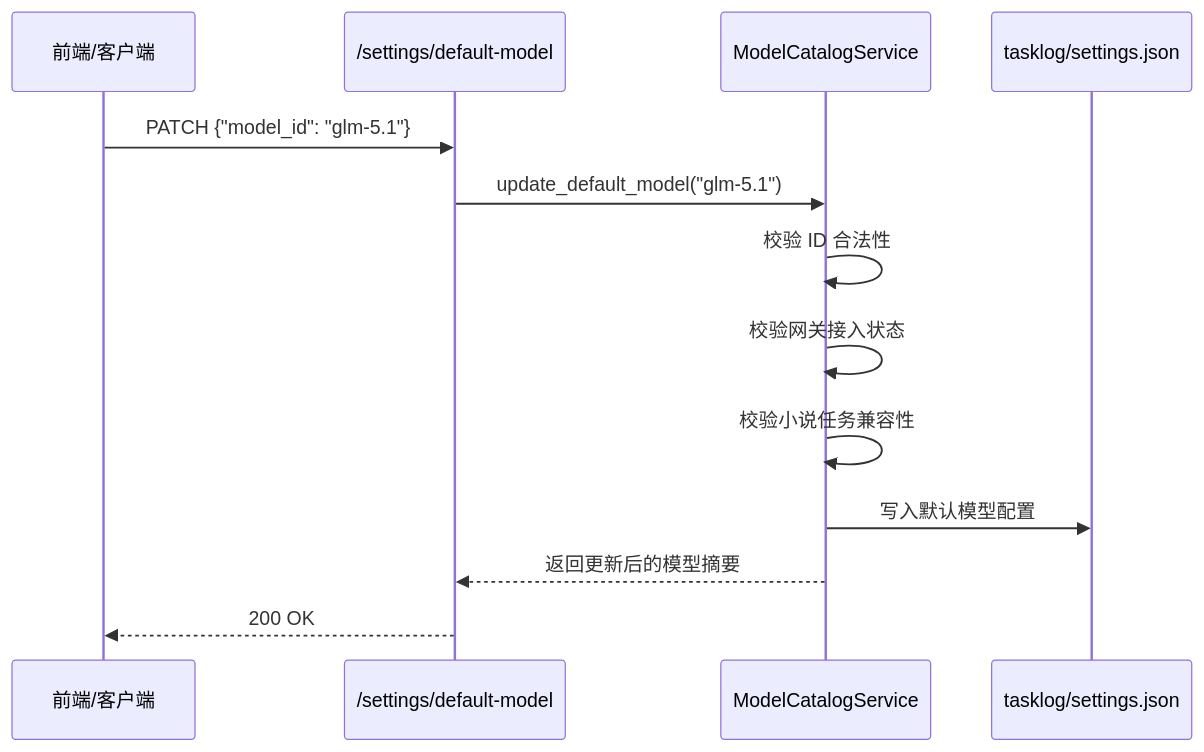
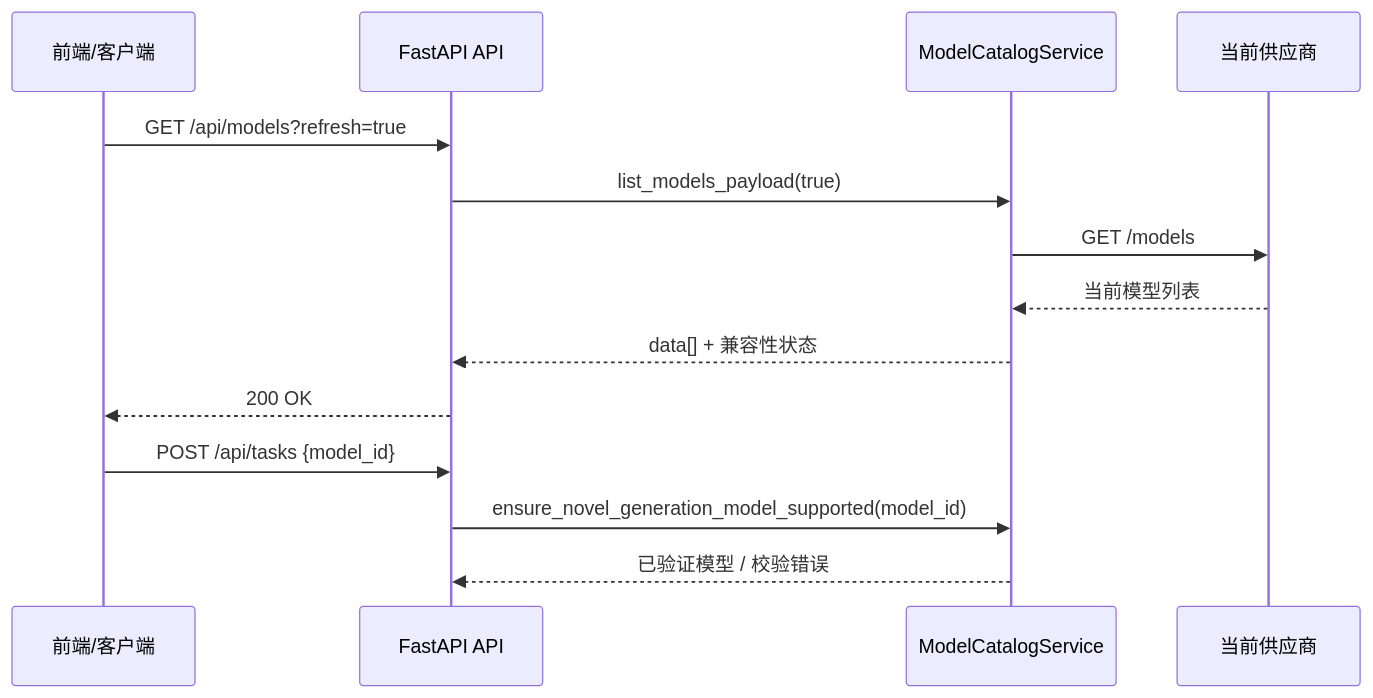
One commit to userzeng111/agentProject changed the third of 9 diagrams in docs/technical/05-LLM故事生成引擎.md. Above: the diagram before and after it, drawn with Mermaid. The commit also changed other lines of this file and 72 other files, not shown here.

````diff
--- a/docs/technical/05-LLM故事生成引擎.md
+++ b/docs/technical/05-LLM故事生成引擎.md
@@ -239,16 +251,17 @@
 ```mermaid
 sequenceDiagram
     participant Client as 前端/客户端
-    participant API as /settings/default-model
+    participant API as FastAPI API
     participant Catalog as ModelCatalogService
-    participant Disk as tasklog/settings.json
+    participant Gateway as 当前供应商
 
-    Client->>API: PATCH {"model_id": "glm-5.1"}
-    API->>Catalog: update_default_model("glm-5.1")
-    Catalog->>Catalog: 校验 ID 合法性
-    Catalog->>Catalog: 校验网关接入状态
-    Catalog->>Catalog: 校验小说任务兼容性
-    Catalog->>Disk: 写入默认模型配置
-    Catalog-->>API: 返回更新后的模型摘要
+    Client->>API: GET /api/models?refresh=true
+    API->>Catalog: list_models_payload(true)
+    Catalog->>Gateway: GET /models
+    Gateway-->>Catalog: 当前模型列表
+    Catalog-->>API: data[] + 兼容性状态
     API-->>Client: 200 OK
+    Client->>API: POST /api/tasks {model_id}
+    API->>Catalog: ensure_novel_generation_model_supported(model_id)
+    Catalog-->>API: 已验证模型 / 校验错误
 ```
````
